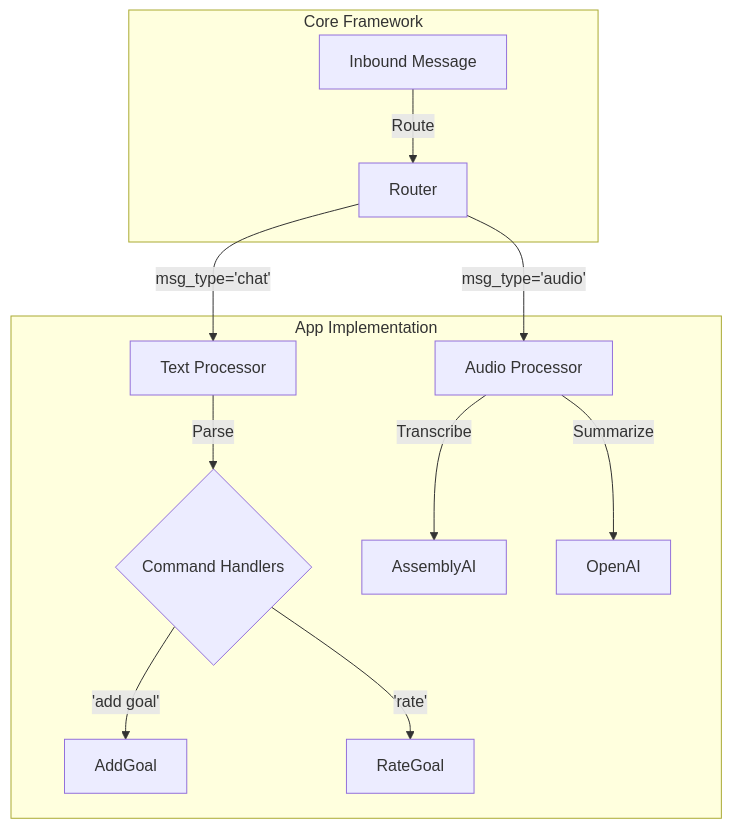
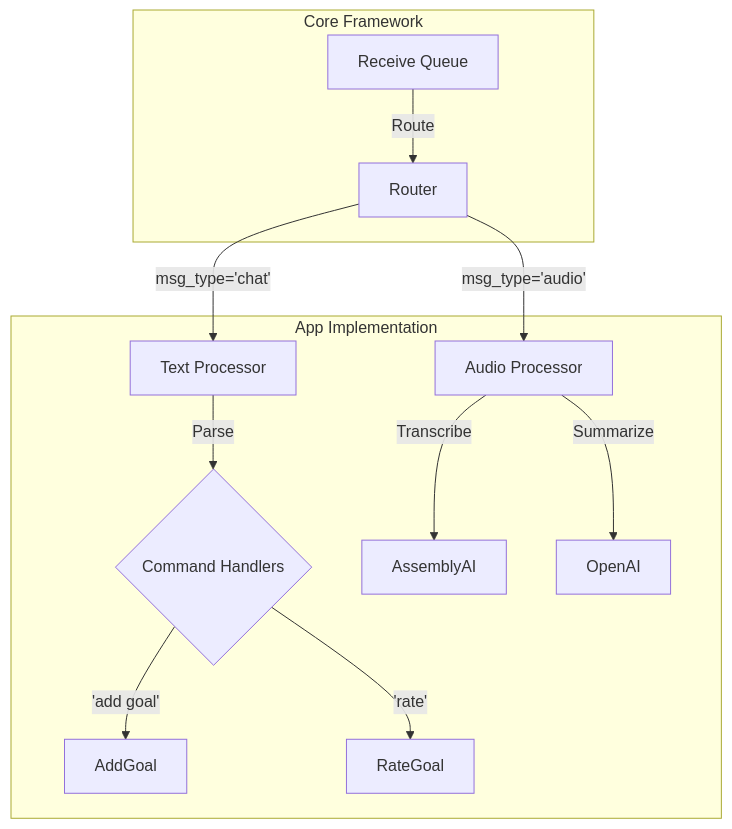
Before and after one commit to jmoraispk/loglife: the diagram in docs/app/overview.md, drawn with Mermaid. The commit also changed other lines of this file and 4 other files, not shown here.

````diff
--- a/docs/app/overview.md
+++ b/docs/app/overview.md
@@ -21,18 +21,18 @@
 ```mermaid
 graph TD
     subgraph "Core Framework"
-        In[Inbound Message] -->|Route| Router
+        In[Receive Queue] -->|Route| Router
     end
 
     subgraph "App Implementation"
         Router -->|msg_type='chat'| Text[Text Processor]
         Router -->|msg_type='audio'| Audio[Audio Processor]
         
         Text -->|Parse| Handlers{Command Handlers}
         Handlers -->|'add goal'| AddGoal
         Handlers -->|'rate'| RateGoal
         
         Audio -->|Transcribe| AssemblyAI
         Audio -->|Summarize| OpenAI
     end
 ```
````
